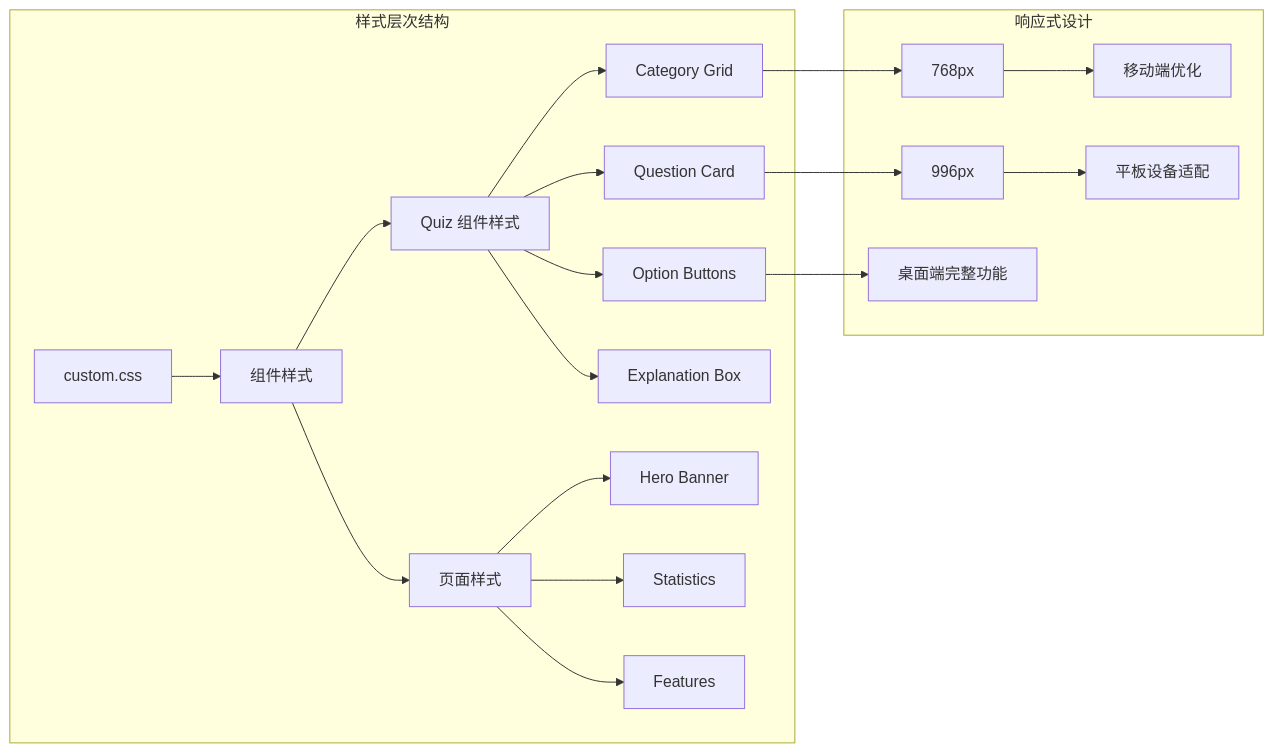
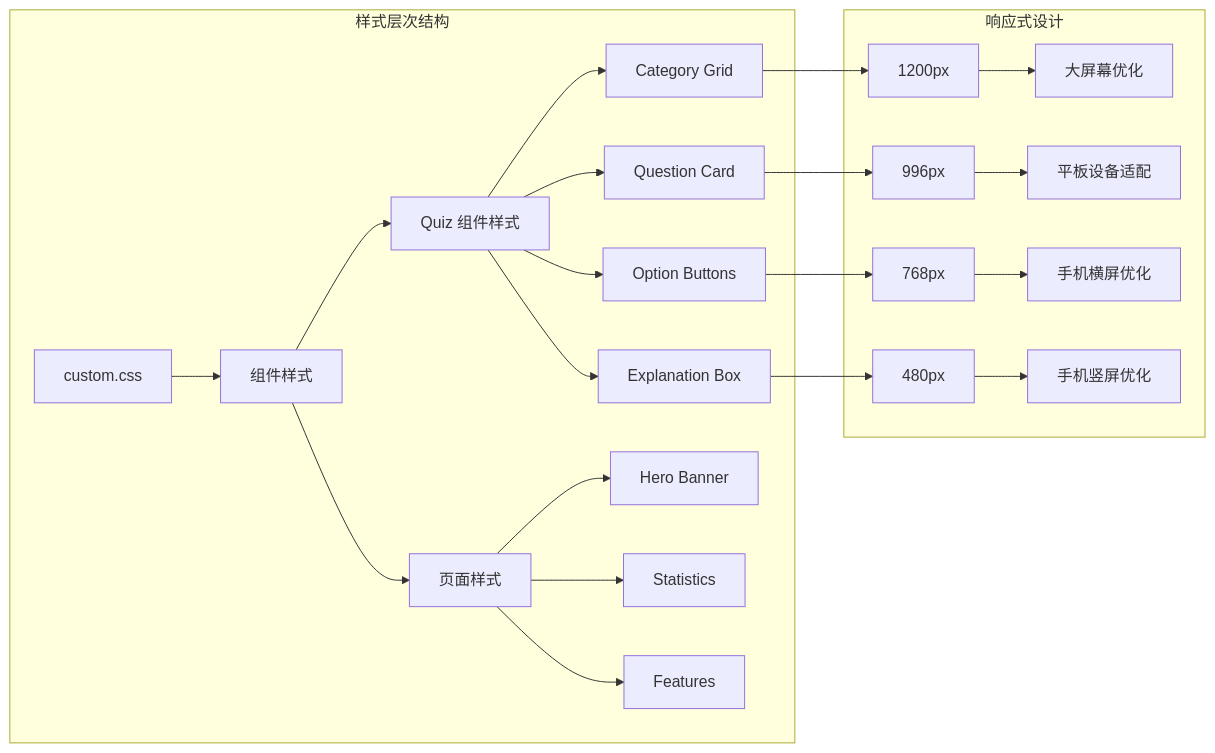
The sixth of 9 diagrams in .qoder/repowiki/zh/content/JavaScript 基础知识/交互式学习系统/交互式学习系统.md (UnicornXU/knowledge-base), drawn with Mermaid before and after one commit. The commit also changed other lines of this file and 18 other files, not shown here.

````diff
--- a/.qoder/repowiki/zh/content/JavaScript 基础知识/交互式学习系统/交互式学习系统.md
+++ b/.qoder/repowiki/zh/content/JavaScript 基础知识/交互式学习系统/交互式学习系统.md
@@ -250,23 +258,25 @@
 ```mermaid
 graph LR
 subgraph "样式层次结构"
 A[custom.css] --> B[组件样式]
 B --> C[Quiz 组件样式]
 B --> D[页面样式]
 C --> E[Category Grid]
 C --> F[Question Card]
 C --> G[Option Buttons]
 C --> H[Explanation Box]
 D --> I[Hero Banner]
 D --> J[Statistics]
 D --> K[Features]
 end
 subgraph "响应式设计"
-L[768px] --> M[移动端优化]
+L[1200px] --> M[大屏幕优化]
 N[996px] --> O[平板设备适配]
-P[桌面端完整功能]
+P[768px] --> Q[手机横屏优化]
+R[480px] --> S[手机竖屏优化]
 end
 E --> L
 F --> N
 G --> P
+H --> R
 ```
````
